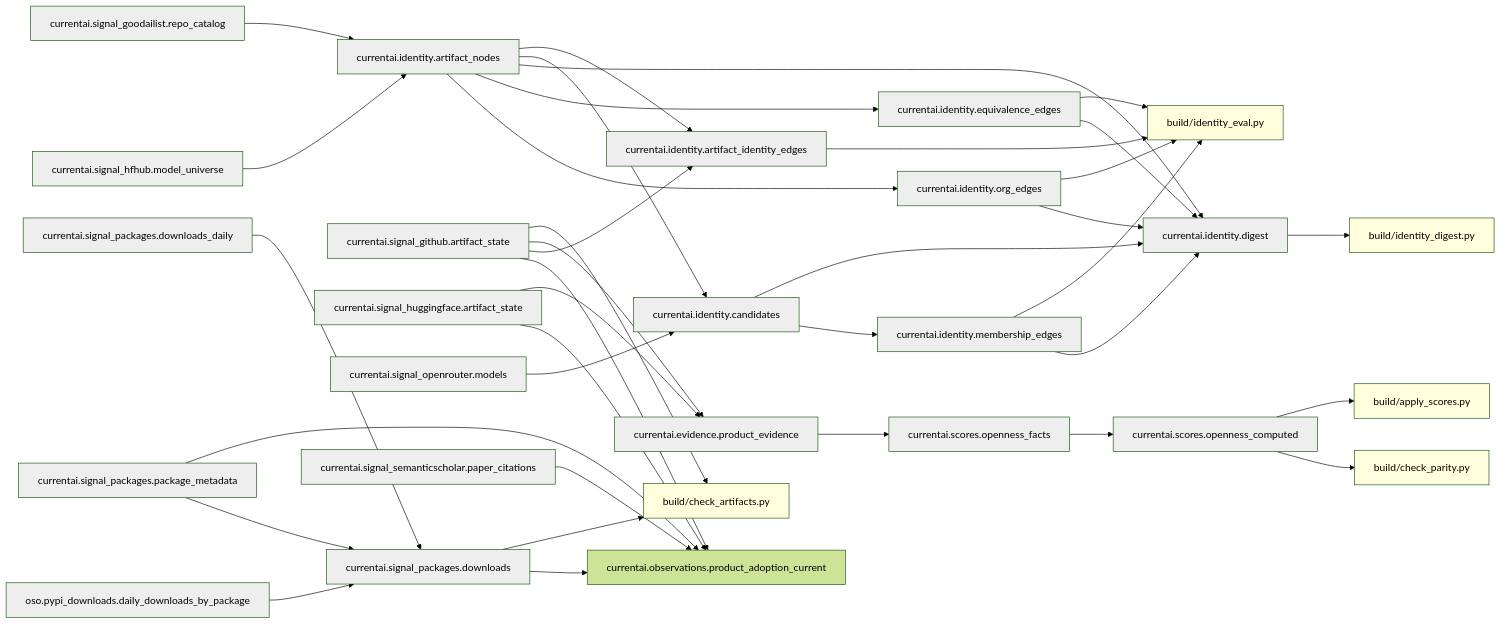
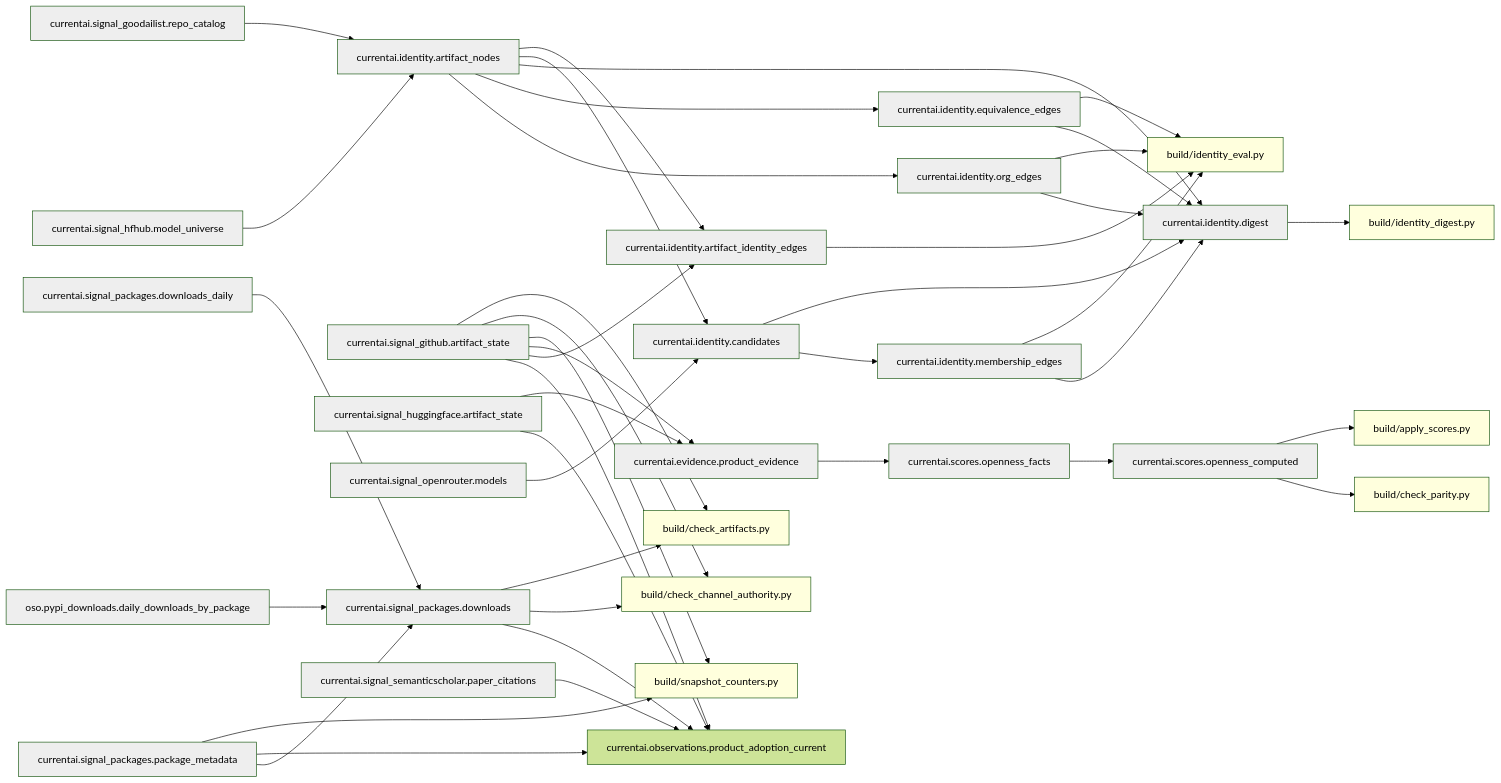
The second of 3 diagrams in docs/architecture/current-state-dag.md (currentai-org/os-ai-map), drawn with Mermaid (forest theme) before and after one commit. The commit also changed 13 other files, not shown here.

````diff
--- a/docs/architecture/current-state-dag.md
+++ b/docs/architecture/current-state-dag.md
@@ -93,41 +93,45 @@
 ```mermaid
 graph LR
   currentai__evidence__product_evidence[currentai.evidence.product_evidence]:::dep --> currentai__scores__openness_facts[currentai.scores.openness_facts]:::dep
   currentai__identity__artifact_identity_edges[currentai.identity.artifact_identity_edges]:::dep --> build/identity_eval__py[build/identity_eval.py]:::audit
   currentai__identity__artifact_nodes[currentai.identity.artifact_nodes]:::dep --> currentai__identity__artifact_identity_edges[currentai.identity.artifact_identity_edges]:::dep
   currentai__identity__artifact_nodes[currentai.identity.artifact_nodes]:::dep --> currentai__identity__candidates[currentai.identity.candidates]:::dep
   currentai__identity__artifact_nodes[currentai.identity.artifact_nodes]:::dep --> currentai__identity__digest[currentai.identity.digest]:::dep
   currentai__identity__artifact_nodes[currentai.identity.artifact_nodes]:::dep --> currentai__identity__equivalence_edges[currentai.identity.equivalence_edges]:::dep
   currentai__identity__artifact_nodes[currentai.identity.artifact_nodes]:::dep --> currentai__identity__org_edges[currentai.identity.org_edges]:::dep
   currentai__identity__candidates[currentai.identity.candidates]:::dep --> currentai__identity__digest[currentai.identity.digest]:::dep
   currentai__identity__candidates[currentai.identity.candidates]:::dep --> currentai__identity__membership_edges[currentai.identity.membership_edges]:::dep
   currentai__identity__digest[currentai.identity.digest]:::dep --> build/identity_digest__py[build/identity_digest.py]:::audit
   currentai__identity__equivalence_edges[currentai.identity.equivalence_edges]:::dep --> build/identity_eval__py[build/identity_eval.py]:::audit
   currentai__identity__equivalence_edges[currentai.identity.equivalence_edges]:::dep --> currentai__identity__digest[currentai.identity.digest]:::dep
   currentai__identity__membership_edges[currentai.identity.membership_edges]:::dep --> build/identity_eval__py[build/identity_eval.py]:::audit
   currentai__identity__membership_edges[currentai.identity.membership_edges]:::dep --> currentai__identity__digest[currentai.identity.digest]:::dep
   currentai__identity__org_edges[currentai.identity.org_edges]:::dep --> build/identity_eval__py[build/identity_eval.py]:::audit
   currentai__identity__org_edges[currentai.identity.org_edges]:::dep --> currentai__identity__digest[currentai.identity.digest]:::dep
   currentai__scores__openness_computed[currentai.scores.openness_computed]:::dep --> build/apply_scores__py[build/apply_scores.py]:::audit
   currentai__scores__openness_computed[currentai.scores.openness_computed]:::dep --> build/check_parity__py[build/check_parity.py]:::audit
   currentai__scores__openness_facts[currentai.scores.openness_facts]:::dep --> currentai__scores__openness_computed[currentai.scores.openness_computed]:::dep
   currentai__signal_github__artifact_state[currentai.signal_github.artifact_state]:::dep --> build/check_artifacts__py[build/check_artifacts.py]:::audit
+  currentai__signal_github__artifact_state[currentai.signal_github.artifact_state]:::dep --> build/check_channel_authority__py[build/check_channel_authority.py]:::audit
+  currentai__signal_github__artifact_state[currentai.signal_github.artifact_state]:::dep --> build/snapshot_counters__py[build/snapshot_counters.py]:::audit
   currentai__signal_github__artifact_state[currentai.signal_github.artifact_state]:::dep --> currentai__evidence__product_evidence[currentai.evidence.product_evidence]:::dep
   currentai__signal_github__artifact_state[currentai.signal_github.artifact_state]:::dep --> currentai__identity__artifact_identity_edges[currentai.identity.artifact_identity_edges]:::dep
   currentai__signal_github__artifact_state[currentai.signal_github.artifact_state]:::dep --> currentai__observations__product_adoption_current[currentai.observations.product_adoption_current]
   currentai__signal_goodailist__repo_catalog[currentai.signal_goodailist.repo_catalog]:::dep --> currentai__identity__artifact_nodes[currentai.identity.artifact_nodes]:::dep
   currentai__signal_hfhub__model_universe[currentai.signal_hfhub.model_universe]:::dep --> currentai__identity__artifact_nodes[currentai.identity.artifact_nodes]:::dep
   currentai__signal_huggingface__artifact_state[currentai.signal_huggingface.artifact_state]:::dep --> currentai__evidence__product_evidence[currentai.evidence.product_evidence]:::dep
   currentai__signal_huggingface__artifact_state[currentai.signal_huggingface.artifact_state]:::dep --> currentai__observations__product_adoption_current[currentai.observations.product_adoption_current]
   currentai__signal_openrouter__models[currentai.signal_openrouter.models]:::dep --> currentai__identity__candidates[currentai.identity.candidates]:::dep
   currentai__signal_packages__downloads[currentai.signal_packages.downloads]:::dep --> build/check_artifacts__py[build/check_artifacts.py]:::audit
+  currentai__signal_packages__downloads[currentai.signal_packages.downloads]:::dep --> build/check_channel_authority__py[build/check_channel_authority.py]:::audit
   currentai__signal_packages__downloads[currentai.signal_packages.downloads]:::dep --> currentai__observations__product_adoption_current[currentai.observations.product_adoption_current]
   currentai__signal_packages__downloads_daily[currentai.signal_packages.downloads_daily]:::dep --> currentai__signal_packages__downloads[currentai.signal_packages.downloads]:::dep
+  currentai__signal_packages__package_metadata[currentai.signal_packages.package_metadata]:::dep --> build/snapshot_counters__py[build/snapshot_counters.py]:::audit
   currentai__signal_packages__package_metadata[currentai.signal_packages.package_metadata]:::dep --> currentai__observations__product_adoption_current[currentai.observations.product_adoption_current]
   currentai__signal_packages__package_metadata[currentai.signal_packages.package_metadata]:::dep --> currentai__signal_packages__downloads[currentai.signal_packages.downloads]:::dep
   currentai__signal_semanticscholar__paper_citations[currentai.signal_semanticscholar.paper_citations]:::dep --> currentai__observations__product_adoption_current[currentai.observations.product_adoption_current]
   oso__pypi_downloads__daily_downloads_by_package[oso.pypi_downloads.daily_downloads_by_package]:::dep --> currentai__signal_packages__downloads[currentai.signal_packages.downloads]:::dep
   classDef dep fill:#eee;
   classDef audit fill:#ffd;
   classDef src fill:#def;
 ```
````
